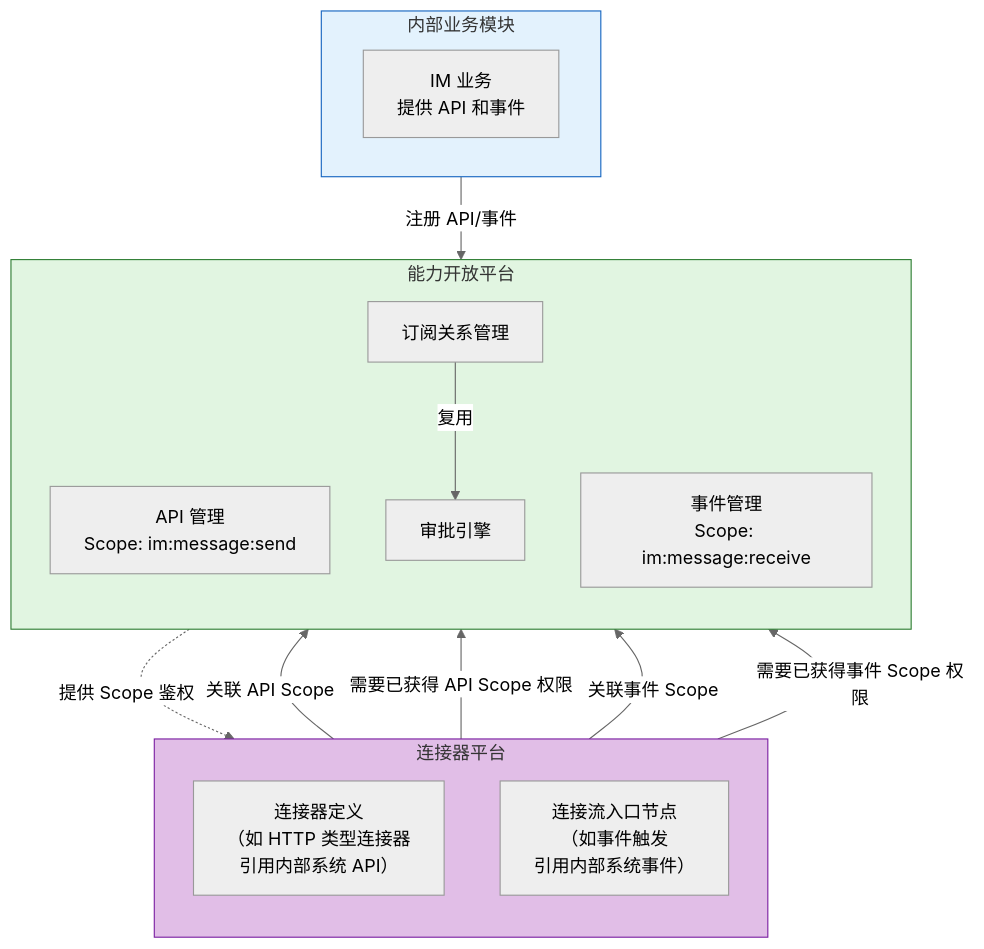
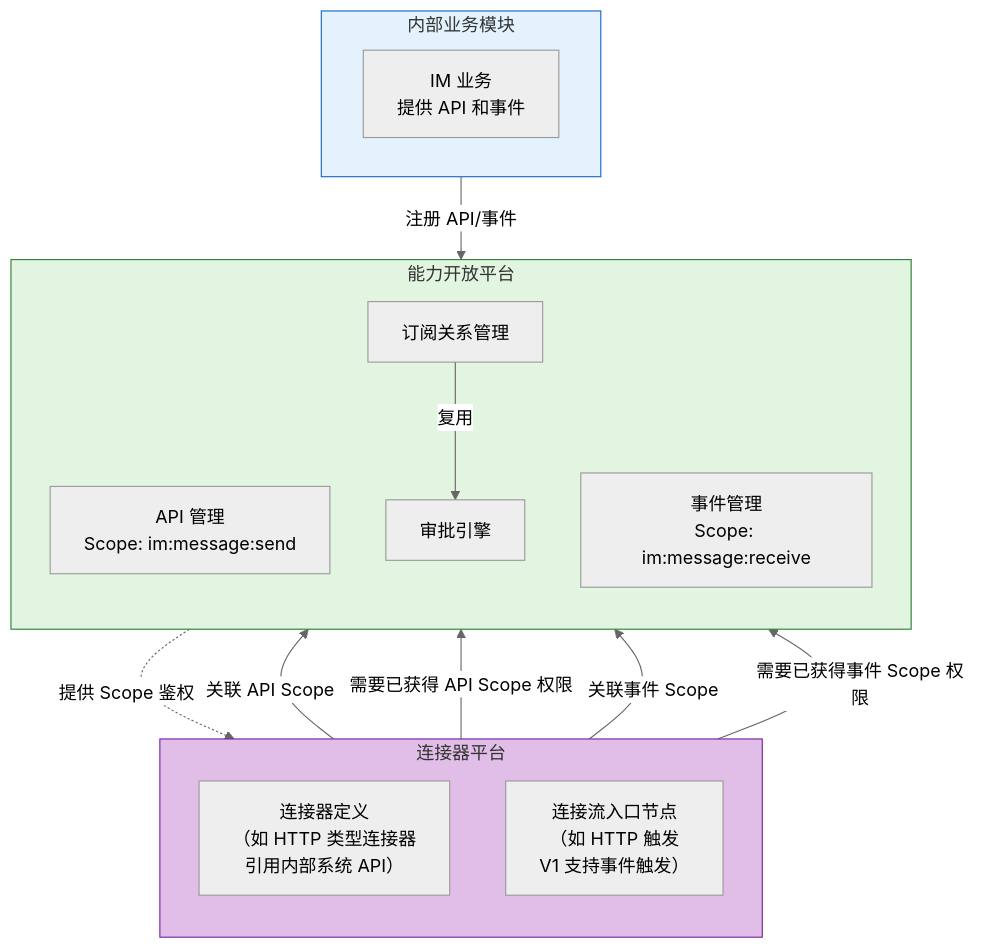
One commit to THZSummer/open-app changed the second of 2 diagrams in .sddu/specs-tree-root/specs-tree-connector-platform/spec.md. Above: the diagram before and after it, drawn with Mermaid (neutral theme). The commit also changed other lines of this file, not shown here.

````diff
--- a/.sddu/specs-tree-root/specs-tree-connector-platform/spec.md
+++ b/.sddu/specs-tree-root/specs-tree-connector-platform/spec.md
@@ -361,32 +363,32 @@
 ```mermaid
 graph TB
     subgraph ConnPlat["连接器平台"]
         direction TB
         C["连接器定义\n（如 HTTP 类型连接器\n引用内部系统 API）"]
-        F["连接流入口节点\n（如事件触发\n引用内部系统事件）"]
+        F["连接流入口节点\n（如 HTTP 触发\nV1 支持事件触发）"]
     end
 
     subgraph CapPlat["能力开放平台"]
         direction TB
         API["API 管理\nScope: im:message:send"]
         Event["事件管理\nScope: im:message:receive"]
         Sub["订阅关系管理"]
         Approval["审批引擎"]
     end
 
     subgraph Biz["内部业务模块"]
         IM["IM 业务\n提供 API 和事件"]
     end
 
     Biz -->|注册 API/事件| CapPlat
     C -->|关联 API Scope| API
     C -->|需要已获得 API Scope 权限| Sub
     F -->|关联事件 Scope| Event
     F -->|需要已获得事件 Scope 权限| Sub
     Sub -->|复用| Approval
     CapPlat -.->|提供 Scope 鉴权| ConnPlat
 
     style ConnPlat fill:#e1bee7,stroke:#7b1fa2
     style CapPlat fill:#e1f5e1,stroke:#2e7d32
     style Biz fill:#e3f2fd,stroke:#1565c0
 ```
````
